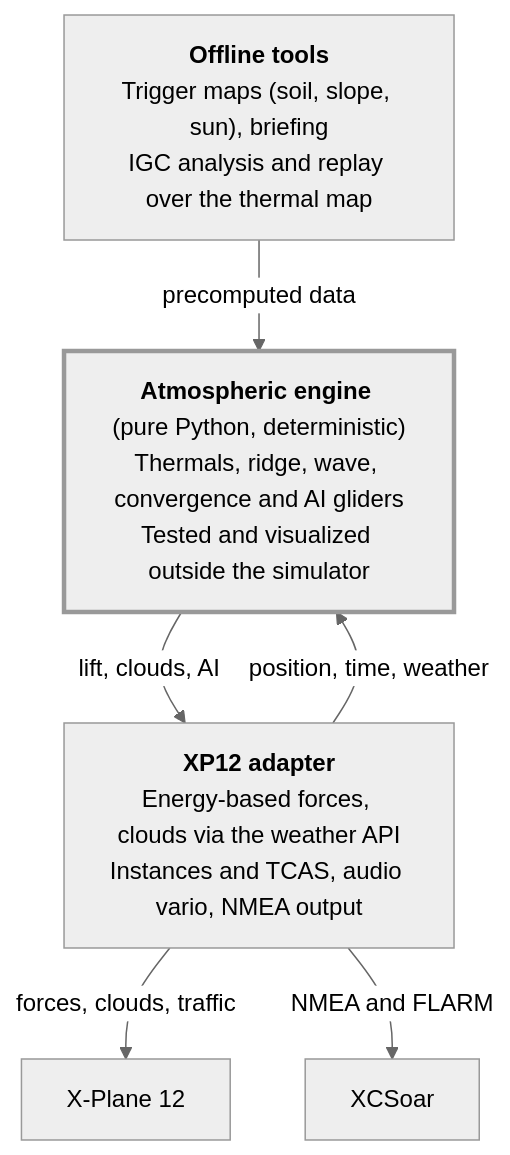
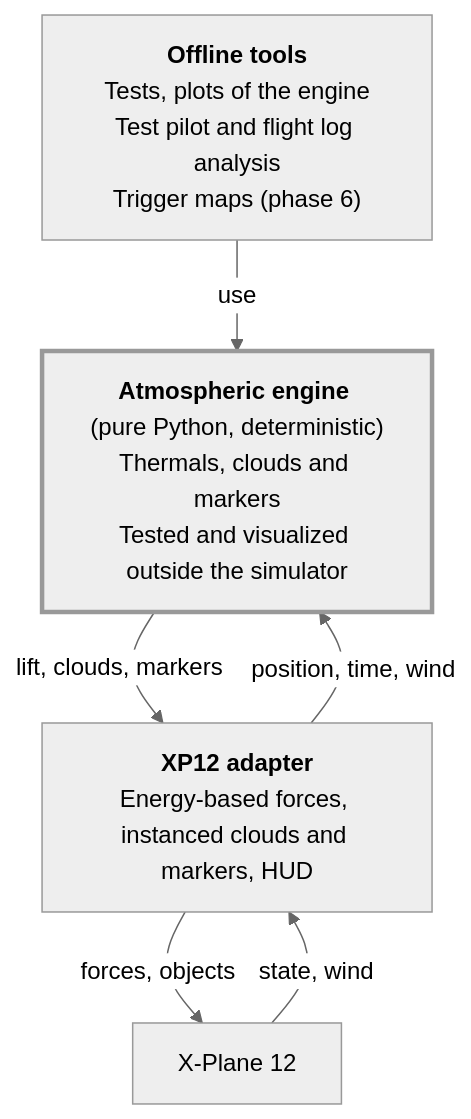
One commit to jlgabriel/xp-gliding changed the diagram in docs/SPEC.md. Above: the diagram before and after it, drawn with Mermaid (neutral theme). The commit also changed other lines of this file and 4 other files, not shown here.

````diff
--- a/docs/SPEC.md
+++ b/docs/SPEC.md
@@ -285,16 +278,15 @@
 ```mermaid
 flowchart TB
-    offline["<b>Offline tools</b><br/>Trigger maps (soil, slope, sun), briefing<br/>IGC analysis and replay over the thermal map"]
-    engine["<b>Atmospheric engine</b> (pure Python, deterministic)<br/>Thermals, ridge, wave, convergence and AI gliders<br/>Tested and visualized outside the simulator"]
-    adapter["<b>XP12 adapter</b><br/>Energy-based forces, clouds via the weather API<br/>Instances and TCAS, audio vario, NMEA output"]
+    tools["<b>Offline tools</b><br/>Tests, plots of the engine<br/>Test pilot and flight log analysis<br/>Trigger maps (phase 6)"]
+    engine["<b>Atmospheric engine</b> (pure Python, deterministic)<br/>Thermals, clouds and markers<br/>Tested and visualized outside the simulator"]
+    adapter["<b>XP12 adapter</b><br/>Energy-based forces, instanced clouds and markers, HUD"]
     xp["X-Plane 12"]
-    xcsoar["XCSoar"]
 
-    offline -- "precomputed data" --> engine
-    engine -- "lift, clouds, AI" --> adapter
-    adapter -- "position, time, weather" --> engine
-    adapter -- "forces, clouds, traffic" --> xp
-    adapter -- "NMEA and FLARM" --> xcsoar
+    tools -- "use" --> engine
+    engine -- "lift, clouds, markers" --> adapter
+    adapter -- "position, time, wind" --> engine
+    adapter -- "forces, objects" --> xp
+    xp -- "state, wind" --> adapter
 
     style engine stroke-width:3px
 ```
````
